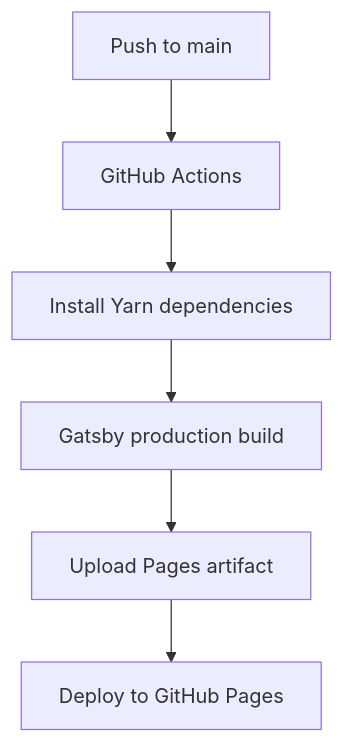
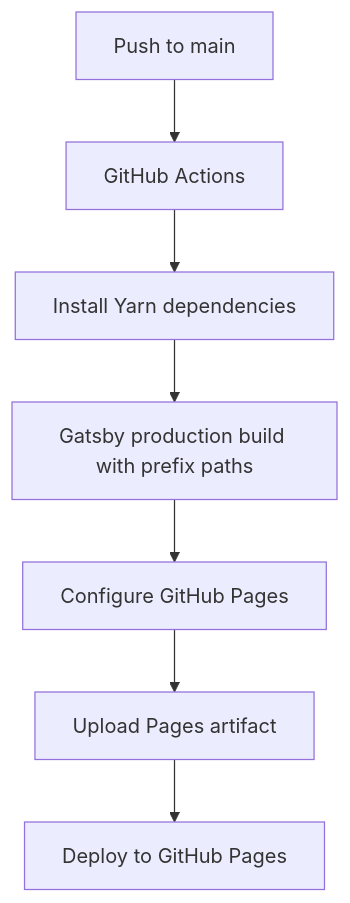
The diagram in docs/ARCHITECTURE.md (AravindSAsok/v13_dot_one), drawn with Mermaid before and after one commit. The commit also changed other lines of this file, not shown here.

````diff
--- a/docs/ARCHITECTURE.md
+++ b/docs/ARCHITECTURE.md
@@ -15,8 +13,9 @@
 ```mermaid
 flowchart TD
   A[Push to main] --> B[GitHub Actions]
   B --> C[Install Yarn dependencies]
-  C --> D[Gatsby production build]
-  D --> E[Upload Pages artifact]
-  E --> F[Deploy to GitHub Pages]
+  C --> D[Gatsby production build with prefix paths]
+  D --> E[Configure GitHub Pages]
+  E --> F[Upload Pages artifact]
+  F --> G[Deploy to GitHub Pages]
 ```
````
